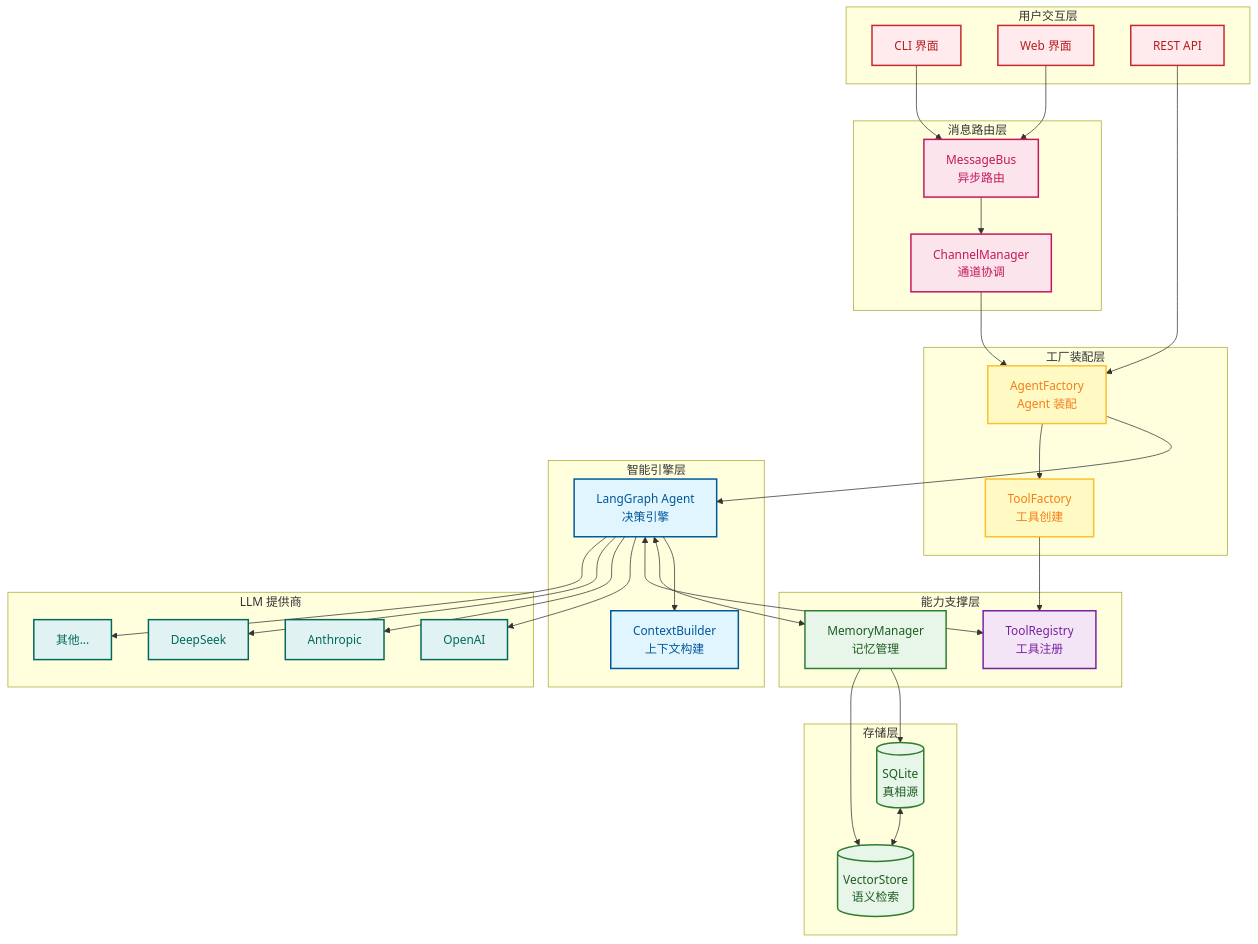
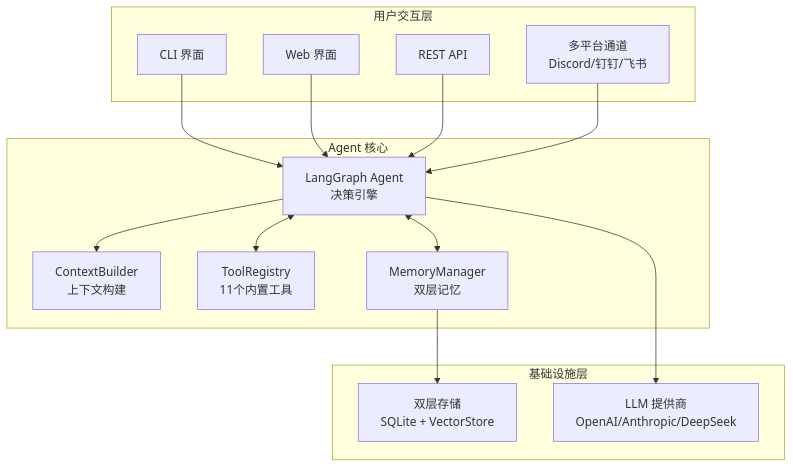
Before and after one commit to xt765/FinchBot: the first of 10 diagrams in docs/zh-CN/architecture.md, drawn with Mermaid. The commit also changed 4 other files, not shown here.

First line of the commit message:
docs: 简化架构图为三层核心架构

````diff
--- a/docs/zh-CN/architecture.md
+++ b/docs/zh-CN/architecture.md
@@ -26,71 +26,33 @@
 ```mermaid
 graph TB
-    classDef userLayer fill:#ffebee,stroke:#c62828,stroke-width:2px,color:#b71c1c;
-    classDef channelLayer fill:#fce4ec,stroke:#c2185b,stroke-width:2px,color:#c2185b;
-    classDef factoryLayer fill:#fff9c4,stroke:#fbc02d,stroke-width:2px,color:#f57f17;
-    classDef coreLayer fill:#e1f5fe,stroke:#01579b,stroke-width:2px,color:#01579b;
-    classDef memoryLayer fill:#e8f5e9,stroke:#2e7d32,stroke-width:2px,color:#1b5e20;
-    classDef toolLayer fill:#f3e5f5,stroke:#7b1fa2,stroke-width:2px,color:#7b1fa2;
-    classDef infraLayer fill:#e0f2f1,stroke:#00695c,stroke-width:2px,color:#00695c;
-
-    subgraph Layer1 [用户交互层]
-        CLI[CLI 界面]:::userLayer
-        WebUI[Web 界面]:::userLayer
-        API[REST API]:::userLayer
+    subgraph UI [用户交互层]
+        CLI[CLI 界面]
+        Web[Web 界面]
+        API[REST API]
+        Channels[多平台通道<br/>Discord/钉钉/飞书]
     end
 
-    subgraph Layer2 [消息路由层]
-        Bus[MessageBus<br/>异步路由]:::channelLayer
-        CM[ChannelManager<br/>通道协调]:::channelLayer
+    subgraph Core [Agent 核心]
+        Agent[LangGraph Agent<br/>决策引擎]
+        Context[ContextBuilder<br/>上下文构建]
+        Tools[ToolRegistry<br/>11个内置工具]
+        Memory[MemoryManager<br/>双层记忆]
     end
 
-    subgraph Layer3 [工厂装配层]
-        AF[AgentFactory<br/>Agent 装配]:::factoryLayer
-        TF[ToolFactory<br/>工具创建]:::factoryLayer
+    subgraph Infra [基础设施层]
+        Storage[双层存储<br/>SQLite + VectorStore]
+        LLM[LLM 提供商<br/>OpenAI/Anthropic/DeepSeek]
     end
 
-    subgraph Layer4 [智能引擎层]
-        Agent[LangGraph Agent<br/>决策引擎]:::coreLayer
-        CB[ContextBuilder<br/>上下文构建]:::coreLayer
-    end
+    CLI --> Agent
+    Web --> Agent
+    API --> Agent
+    Channels --> Agent
 
-    subgraph Layer5 [能力支撑层]
-        MM[MemoryManager<br/>记忆管理]:::memoryLayer
-        TR[ToolRegistry<br/>工具注册]:::toolLayer
-    end
+    Agent --> Context
+    Agent <--> Tools
+    Agent <--> Memory
 
-    subgraph Layer6 [存储层]
-        SQLite[(SQLite<br/>真相源)]:::memoryLayer
-        Vector[(VectorStore<br/>语义检索)]:::memoryLayer
-    end
-
-    subgraph Layer7 [LLM 提供商]
-        OpenAI[OpenAI]:::infraLayer
-        Anthropic[Anthropic]:::infraLayer
-        DeepSeek[DeepSeek]:::infraLayer
-        Others[其他...]:::infraLayer
-    end
-
-    CLI --> Bus
-    WebUI --> Bus
-    API --> AF
-    
-    Bus --> CM
-    CM --> AF
-    
-    AF --> Agent
-    AF --> TF
-    TF --> TR
-    
-    Agent --> CB
-    Agent <--> MM
-    Agent <--> TR
-    Agent --> OpenAI
-    Agent --> Anthropic
-    Agent --> DeepSeek
-    Agent --> Others
-    
-    MM --> SQLite
-    MM --> Vector
-    SQLite <--> Vector
+    Memory --> Storage
+    Agent --> LLM
 ```
````
